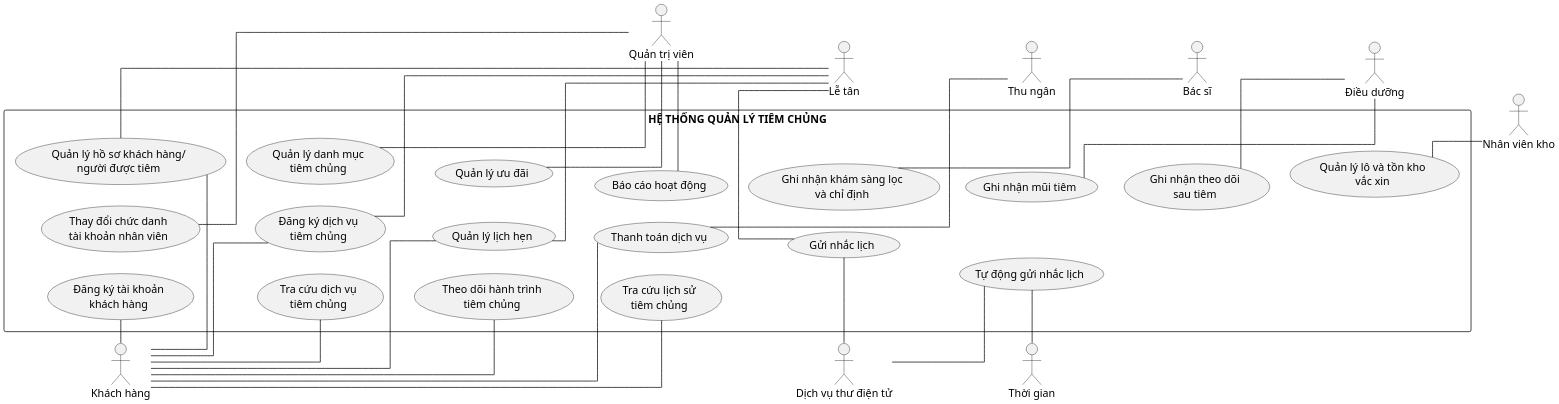
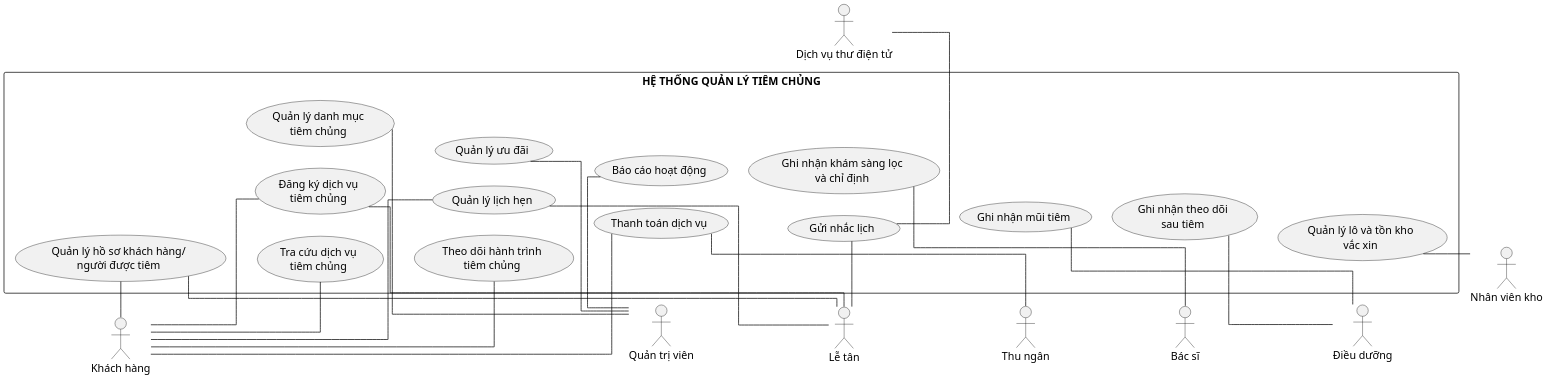
The diagram in docs/thesis/uml/Hinh_2_9_System_Use_Case_Tong_Quan.puml (datngo1203/KLCN-QuanLyTiemChung), drawn with PlantUML before and after one commit.

Commit message:
docs: redraw Hinh 2.9 for final 14 core use cases

```diff
--- a/docs/thesis/uml/Hinh_2_9_System_Use_Case_Tong_Quan.puml
+++ b/docs/thesis/uml/Hinh_2_9_System_Use_Case_Tong_Quan.puml
@@ -1,127 +1,107 @@
 @startuml
 ' THESIS-R1 — Hình 2.9 System Use Case tổng quan
-' Supervisor presentation rule: omit common authentication use cases from this overview.
-' Canonical presentation: 18 visible System Use Cases / 9 visible actors / 24 direct associations.
-' UC aliases remain internal for traceability; visible labels omit UC01..UC21 codes.
+' Final thesis semantic scope: 14 top-level core System Use Cases.
+' Supporting capabilities are intentionally not shown as top-level UC in this thesis overview.
+' Canonical presentation: 14 visible System Use Cases / 8 visible actors / 19 direct associations.
+' UC aliases retain historical IDs for traceability; visible labels omit codes.
 ' No include / extend / UC generalization in this overview.
 
 skinparam monochrome true
 skinparam shadowing false
 skinparam backgroundColor white
 skinparam defaultFontName "Times New Roman"
 skinparam defaultFontSize 15
 skinparam ArrowColor black
 skinparam ActorBorderColor black
 skinparam UsecaseBorderColor black
 skinparam RectangleBorderColor black
 skinparam linetype ortho
 skinparam nodesep 30
 skinparam ranksep 28
 skinparam dpi 180
 
 left to right direction
 
 actor "Khách hàng" as Customer
 actor "Dịch vụ thư điện tử" as Email
-actor "Thời gian" as Time
 
 rectangle "HỆ THỐNG QUẢN LÝ TIÊM CHỦNG" as SystemBoundary {
-  usecase "Đăng ký tài khoản\nkhách hàng" as UC01
   usecase "Tra cứu dịch vụ\ntiêm chủng" as UC10
   usecase "Theo dõi hành trình\ntiêm chủng" as UC19
-  usecase "Tra cứu lịch sử\ntiêm chủng" as UC20
 
   usecase "Quản lý hồ sơ khách hàng/\nngười được tiêm" as UC09
   usecase "Đăng ký dịch vụ\ntiêm chủng" as UC11
   usecase "Quản lý lịch hẹn" as UC12
   usecase "Thanh toán dịch vụ" as UC16
   usecase "Gửi nhắc lịch" as UC13
-  usecase "Tự động gửi nhắc lịch" as UC14
 
-  usecase "Thay đổi chức danh\ntài khoản nhân viên" as UC05
   usecase "Quản lý danh mục\ntiêm chủng" as UC06
   usecase "Quản lý ưu đãi" as UC07
   usecase "Báo cáo hoạt động" as UC21
   usecase "Ghi nhận khám sàng lọc\nvà chỉ định" as UC15
   usecase "Ghi nhận mũi tiêm" as UC17
   usecase "Ghi nhận theo dõi\nsau tiêm" as UC18
   usecase "Quản lý lô và tồn kho\nvắc xin" as UC08
 
   ' Layout helpers only; no semantic meaning.
-  UC01 -[hidden]down- UC10
   UC10 -[hidden]down- UC19
-  UC19 -[hidden]down- UC20
 
   UC09 -[hidden]down- UC11
   UC11 -[hidden]down- UC12
   UC12 -[hidden]down- UC16
   UC16 -[hidden]down- UC13
-  UC13 -[hidden]down- UC14
 
-  UC05 -[hidden]down- UC06
   UC06 -[hidden]down- UC07
   UC07 -[hidden]down- UC21
   UC21 -[hidden]down- UC15
   UC15 -[hidden]down- UC17
   UC17 -[hidden]down- UC18
   UC18 -[hidden]down- UC08
 
-  UC01 -[hidden]right- UC09
-  UC09 -[hidden]right- UC05
   UC10 -[hidden]right- UC11
   UC11 -[hidden]right- UC06
   UC19 -[hidden]right- UC12
   UC12 -[hidden]right- UC07
-  UC20 -[hidden]right- UC16
   UC16 -[hidden]right- UC21
   UC13 -[hidden]right- UC15
-  UC14 -[hidden]right- UC17
 }
 
 actor "Quản trị viên" as Admin
 actor "Lễ tân" as Reception
 actor "Thu ngân" as Cashier
 actor "Bác sĩ" as Doctor
 actor "Điều dưỡng" as Nurse
 actor "Nhân viên kho" as Warehouse
 
-Customer -[hidden]down- Email
-Email -[hidden]down- Time
-
 Admin -[hidden]down- Reception
 Reception -[hidden]down- Cashier
 Cashier -[hidden]down- Doctor
 Doctor -[hidden]down- Nurse
 Nurse -[hidden]down- Warehouse
 
-' 24 direct actor–UC associations.
-Customer -right- UC01
+' 19 direct actor–UC associations.
 Customer -right- UC09
 Customer -right- UC10
 Customer -right- UC11
 Customer -right- UC12
 Customer -right- UC16
 Customer -right- UC19
-Customer -right- UC20
 
 UC09 -right- Reception
 UC11 -right- Reception
 UC12 -right- Reception
 UC13 -right- Reception
 
-UC05 -right- Admin
 UC06 -right- Admin
 UC07 -right- Admin
 UC21 -right- Admin
 
 UC16 -right- Cashier
 UC15 -right- Doctor
 UC17 -right- Nurse
 UC18 -right- Nurse
 UC08 -right- Warehouse
 
 Email -right- UC13
-Email -right- UC14
-Time -right- UC14
 
 @enduml
```
